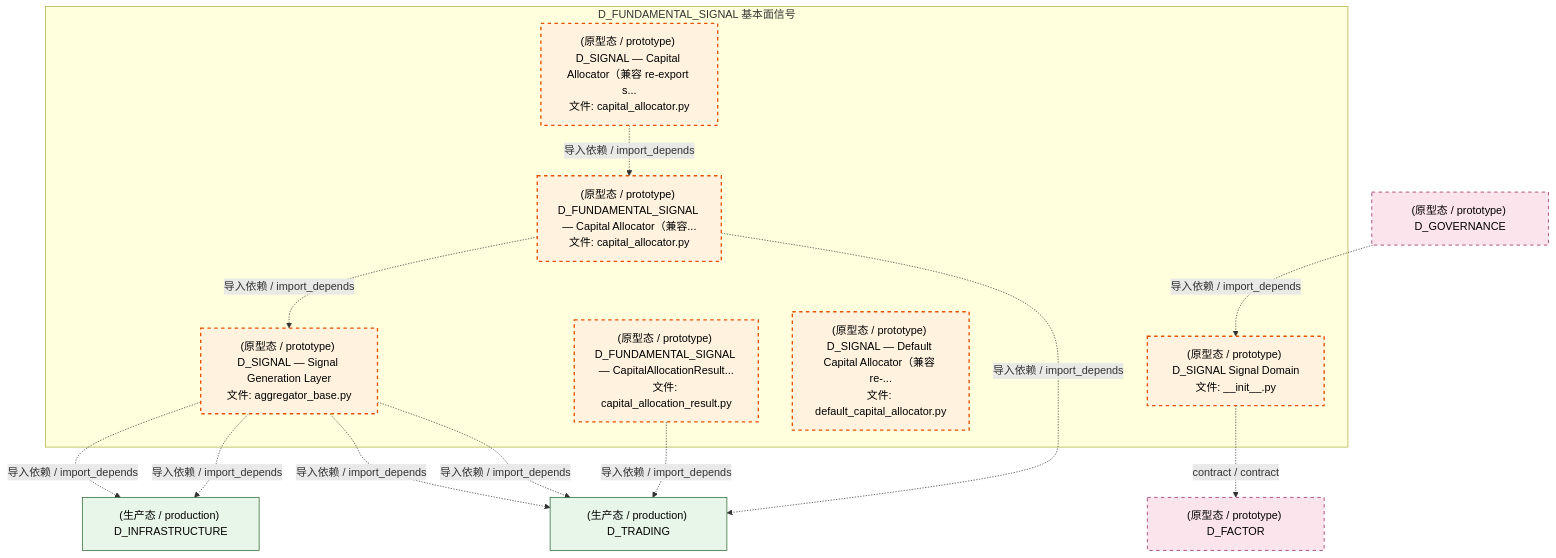
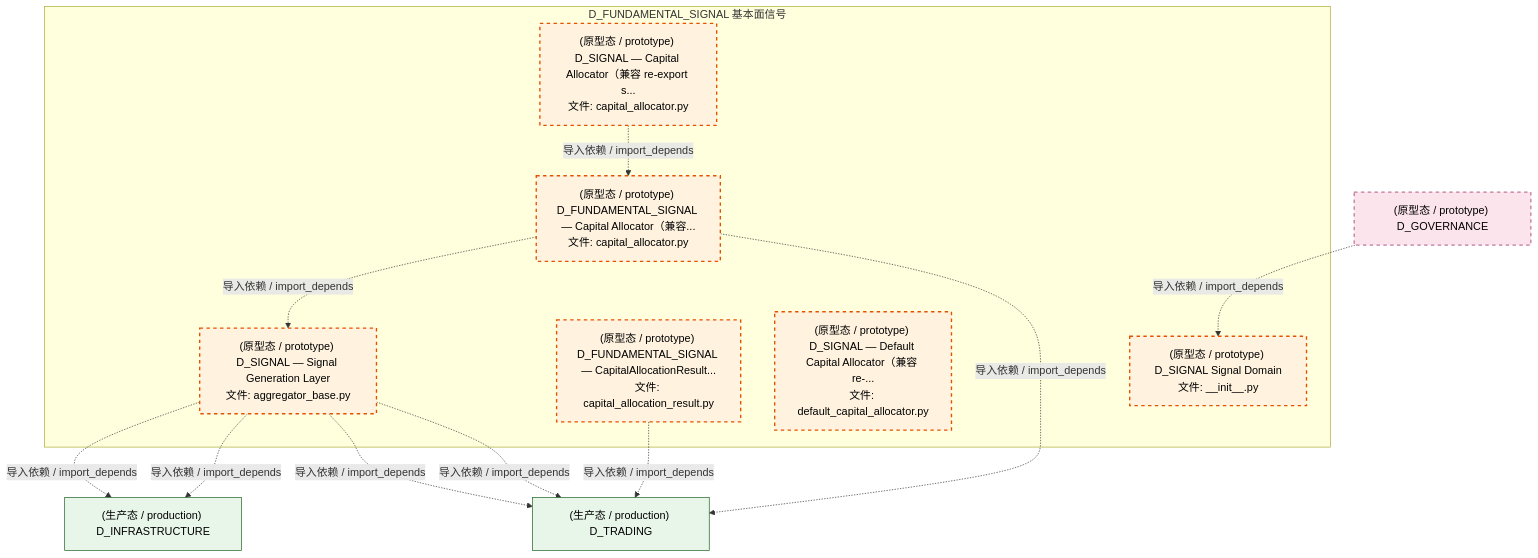
One commit to xuanFelixVan/ZephyrAlpha changed the third of 4 diagrams in docs/02_enterprise_architecture/02_domain_architecture_docs/37_d_fundamental_signal.md. Above: the diagram before and after it, drawn with Mermaid. The commit also changed other lines of this file and 101 other files, not shown here.

````diff
--- a/docs/02_enterprise_architecture/02_domain_architecture_docs/37_d_fundamental_signal.md
+++ b/docs/02_enterprise_architecture/02_domain_architecture_docs/37_d_fundamental_signal.md
@@ -170,32 +171,30 @@
 ```mermaid
 graph TD
     subgraph D_FUNDAMENTAL_SIGNAL["D_FUNDAMENTAL_SIGNAL 基本面信号"]
         src_zephyr_signal_fundamental_init_py["(原型态 / prototype) D_SIGNAL Signal Domain<br/>文件: __init__.py"]
         src_zephyr_signal_fundamental_capital_capital_allocation_result_py["(原型态 / prototype) D_FUNDAMENTAL_SIGNAL — CapitalAllocationResult...<br/>文件: capital_allocation_result.py"]
         src_zephyr_signal_fundamental_capital_capital_allocator_py["(原型态 / prototype) D_SIGNAL — Capital Allocator（兼容 re-export s...<br/>文件: capital_allocator.py"]
         src_zephyr_signal_fundamental_capital_default_capital_allocator_py["(原型态 / prototype) D_SIGNAL — Default Capital Allocator（兼容 re-...<br/>文件: default_capital_allocator.py"]
         src_zephyr_signal_fundamental_gen_aggregator_base_py["(原型态 / prototype) D_SIGNAL — Signal Generation Layer<br/>文件: aggregator_base.py"]
         src_zephyr_signal_fundamental_strategy_capital_allocator_py["(原型态 / prototype) D_FUNDAMENTAL_SIGNAL — Capital Allocator（兼容...<br/>文件: capital_allocator.py"]
     end
     src_zephyr_signal_fundamental_capital_capital_allocator_py -.->|导入依赖 / import_depends| src_zephyr_signal_fundamental_strategy_capital_allocator_py
     src_zephyr_signal_fundamental_strategy_capital_allocator_py -.->|导入依赖 / import_depends| src_zephyr_signal_fundamental_gen_aggregator_base_py
-    D_FACTOR["(原型态 / prototype) D_FACTOR"]
-    src_zephyr_signal_fundamental_init_py -.->|contract / contract| D_FACTOR
     D_TRADING["(生产态 / production) D_TRADING"]
     src_zephyr_signal_fundamental_capital_capital_allocation_result_py -.->|导入依赖 / import_depends| D_TRADING
     D_INFRASTRUCTURE["(生产态 / production) D_INFRASTRUCTURE"]
     src_zephyr_signal_fundamental_gen_aggregator_base_py -.->|导入依赖 / import_depends| D_INFRASTRUCTURE
     src_zephyr_signal_fundamental_gen_aggregator_base_py -.->|导入依赖 / import_depends| D_INFRASTRUCTURE
     src_zephyr_signal_fundamental_gen_aggregator_base_py -.->|导入依赖 / import_depends| D_TRADING
     src_zephyr_signal_fundamental_gen_aggregator_base_py -.->|导入依赖 / import_depends| D_TRADING
     src_zephyr_signal_fundamental_strategy_capital_allocator_py -.->|导入依赖 / import_depends| D_TRADING
     D_GOVERNANCE["(原型态 / prototype) D_GOVERNANCE"]
     D_GOVERNANCE -.->|导入依赖 / import_depends| src_zephyr_signal_fundamental_init_py
     classDef production fill:#e1f5fe,stroke:#01579b,stroke-width:2px,color:#000
     classDef design fill:#fff3e0,stroke:#e65100,stroke-width:2px,color:#000,stroke-dasharray: 5 5
     classDef external_prod fill:#e8f5e9,stroke:#1b5e20,stroke-width:1px,color:#000
     classDef external_design fill:#fce4ec,stroke:#880e4f,stroke-width:1px,color:#000,stroke-dasharray: 5 5
     class src_zephyr_signal_fundamental_init_py,src_zephyr_signal_fundamental_capital_capital_allocation_result_py,src_zephyr_signal_fundamental_capital_capital_allocator_py,src_zephyr_signal_fundamental_capital_default_capital_allocator_py,src_zephyr_signal_fundamental_gen_aggregator_base_py,src_zephyr_signal_fundamental_strategy_capital_allocator_py design
     class D_TRADING,D_INFRASTRUCTURE external_prod
-    class D_FACTOR,D_GOVERNANCE external_design
+    class D_GOVERNANCE external_design
 ```
````
